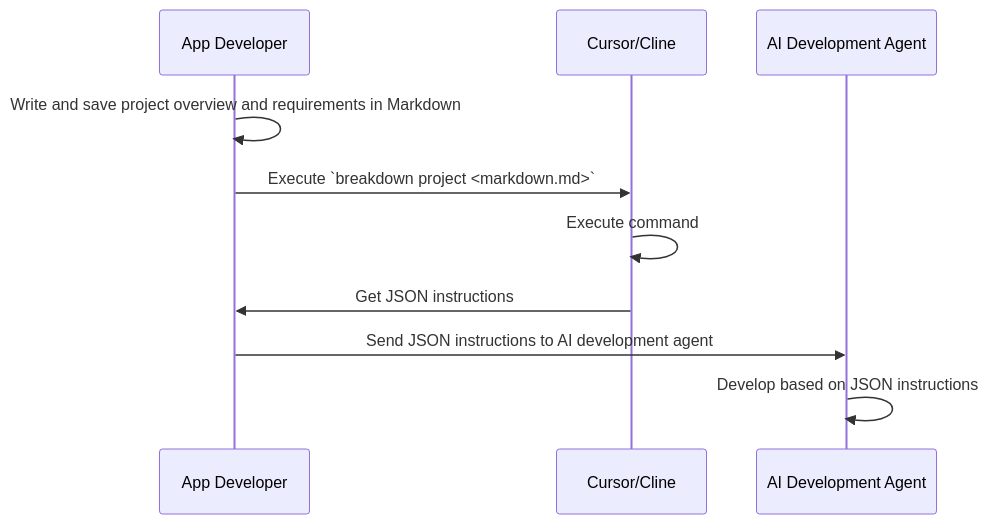
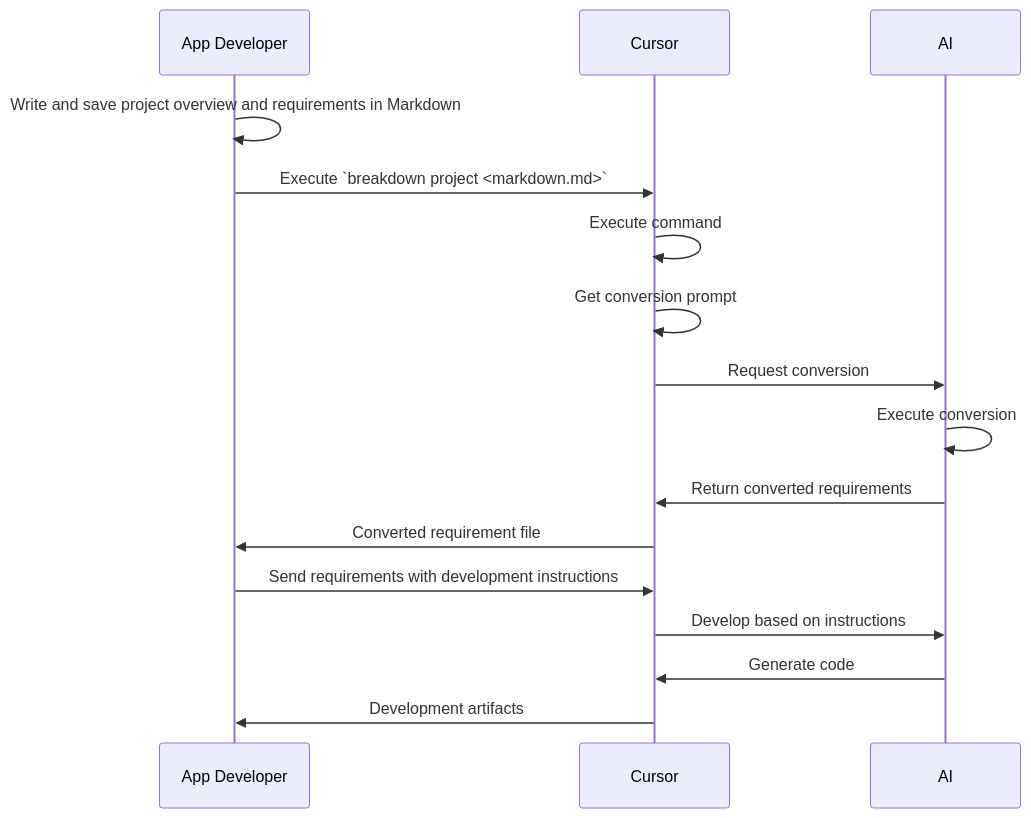
The diagram in README.md (tettuan/breakdown), drawn with Mermaid before and after one commit. The commit also changed other lines of this file and 2 other files, not shown here.

Commit message:
docs: update README and usage documentation with improved command descriptions and examples

````diff
--- a/README.md
+++ b/README.md
@@ -44,16 +32,22 @@
 ```mermaid
 sequenceDiagram
     participant Developer as App Developer
-    participant CursorCline as Cursor/Cline
-    participant AI as AI Development Agent
+    participant Cursor as Cursor
+    participant AI as AI
 
     Developer->>Developer: Write and save project overview and requirements in Markdown
 
-    Developer->>CursorCline: Execute `breakdown project <markdown.md>`
-    CursorCline->>CursorCline: Execute command
+    Developer->>Cursor: Execute `breakdown project <markdown.md>`
+    Cursor->>Cursor: Execute command
 
-    CursorCline->>Developer: Get JSON instructions
+    Cursor->>Cursor: Get conversion prompt
+    Cursor->>AI: Request conversion
+    AI->>AI: Execute conversion
+    AI->>Cursor: Return converted requirements
+    Cursor->>Developer: Converted requirement file
 
-    Developer->>AI: Send JSON instructions to AI development agent
-    AI->>AI: Develop based on JSON instructions
+    Developer->>Cursor: Send requirements with development instructions
+    Cursor->>AI: Develop based on instructions
+    AI->>Cursor: Generate code
+    Cursor->>Developer: Development artifacts
 ```
````
